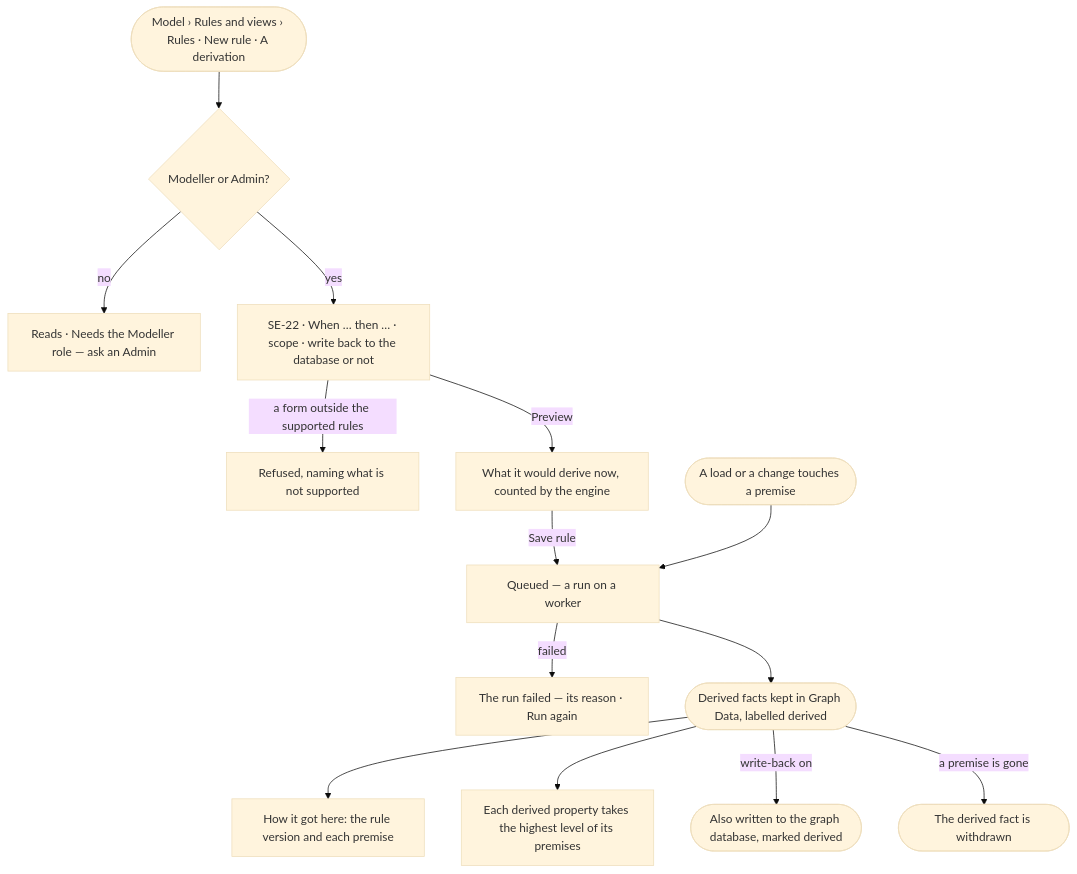
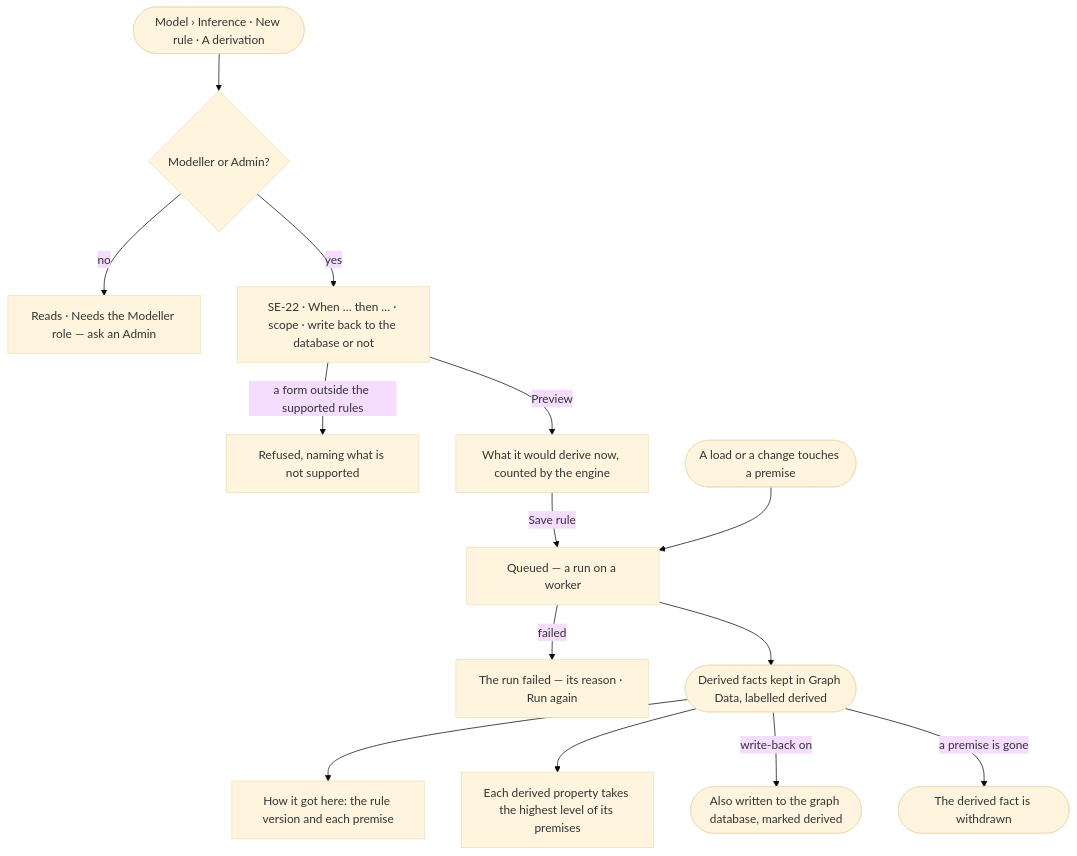
The first of 2 diagrams in specs/capabilities/semantics/features/SE-F08-inference/feature.md (invana/invana), drawn with Mermaid (base theme) before and after one commit. The commit also changed 54 other files, not shown here.

First line of the commit message:
docs(specs): many graph databases by access, links within one database, Model views restored

````diff
--- a/specs/capabilities/semantics/features/SE-F08-inference/feature.md
+++ b/specs/capabilities/semantics/features/SE-F08-inference/feature.md
@@ -22,16 +22,16 @@
 ```mermaid
 flowchart TD
-  start([Model › Rules and views › Rules · New rule · A derivation]) --> may{Modeller or Admin?}
+  start([Model › Inference · New rule · A derivation]) --> may{Modeller or Admin?}
   may -->|no| na["Reads · Needs the Modeller role — ask an Admin"]
   may -->|yes| d["SE-22 · When … then … · scope · write back to the database or not"]
   d -->|a form outside the supported rules| bad["Refused, naming what is not supported"]
   d -->|Preview| pv["What it would derive now, counted by the engine"]
   pv -->|Save rule| q["Queued — a run on a worker"]
   q -->|failed| ff["The run failed — its reason · Run again"]
   q --> r(["Derived facts kept in Graph Data, labelled derived"])
   r --> h["How it got here: the rule version and each premise"]
   r --> lv["Each derived property takes the highest level of its premises"]
   r -->|write-back on| wb(["Also written to the graph database, marked derived"])
   ch([A load or a change touches a premise]) --> q
   r -->|a premise is gone| rm(["The derived fact is withdrawn"])
 ```
````
